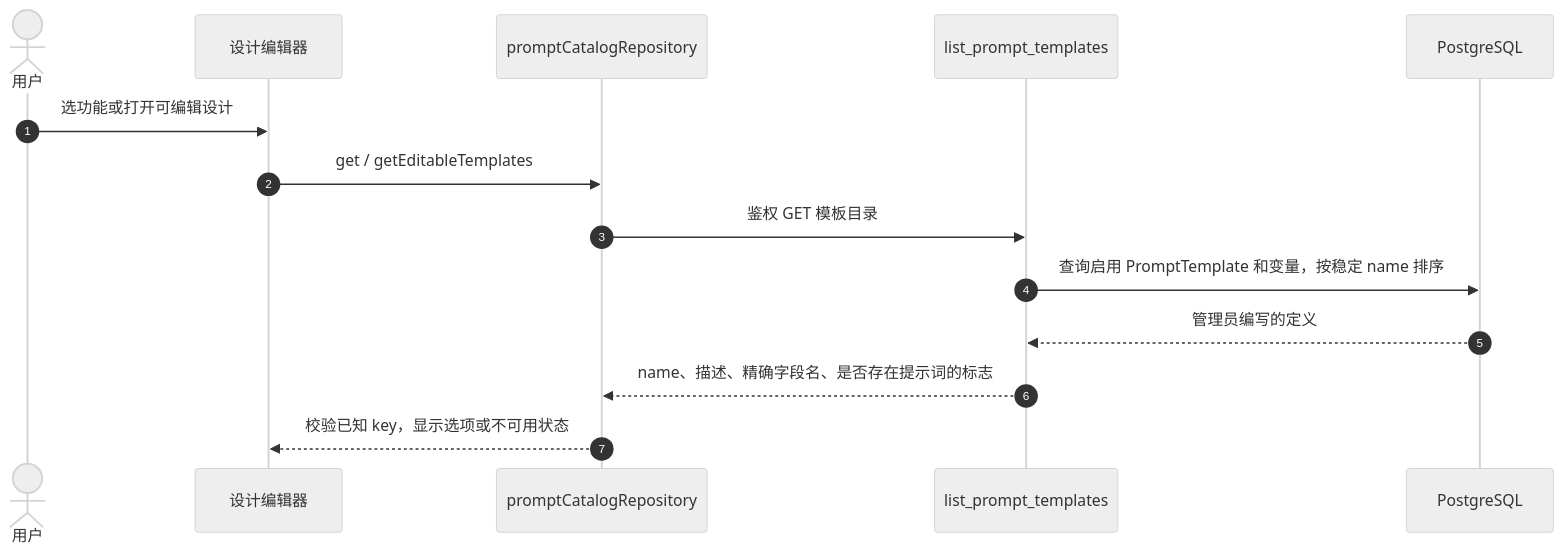
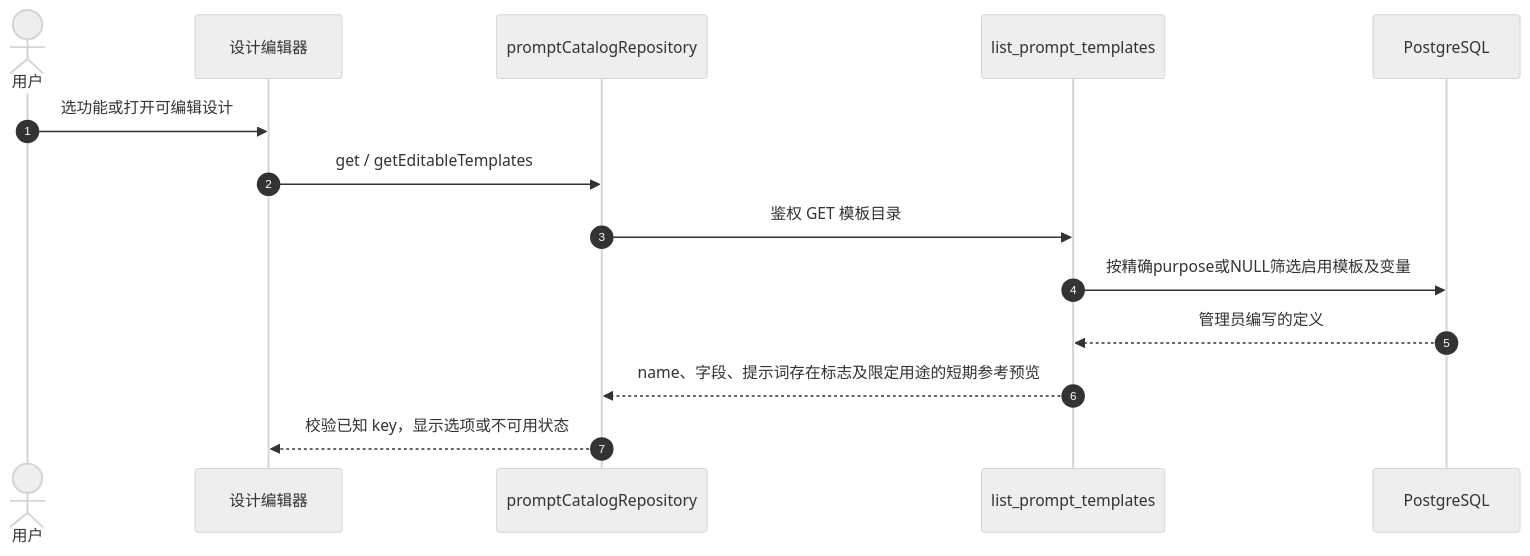
Before and after one commit to Orientation-CD/docs: the first of 3 diagrams in zh/reference/flows/discovery-prompts-flow.md, drawn with Mermaid (neutral theme). The commit also changed other lines of this file and 187 other files, not shown here.

````diff
--- a/zh/reference/flows/discovery-prompts-flow.md
+++ b/zh/reference/flows/discovery-prompts-flow.md
@@ -19,16 +19,16 @@
 ```mermaid
 sequenceDiagram
   autonumber
   actor Person as 用户
   participant UI as 设计编辑器
   participant Repo as promptCatalogRepository
   participant API as list_prompt_templates
   participant DB as PostgreSQL
   Person->>UI: 选功能或打开可编辑设计
   UI->>Repo: get / getEditableTemplates
   Repo->>API: 鉴权 GET 模板目录
-  API->>DB: 查询启用 PromptTemplate 和变量，按稳定 name 排序
+  API->>DB: 按精确purpose或NULL筛选启用模板及变量
   DB-->>API: 管理员编写的定义
-  API-->>Repo: name、描述、精确字段名、是否存在提示词的标志
+  API-->>Repo: name、字段、提示词存在标志及限定用途的短期参考预览
   Repo-->>UI: 校验已知 key，显示选项或不可用状态
 ```
````
